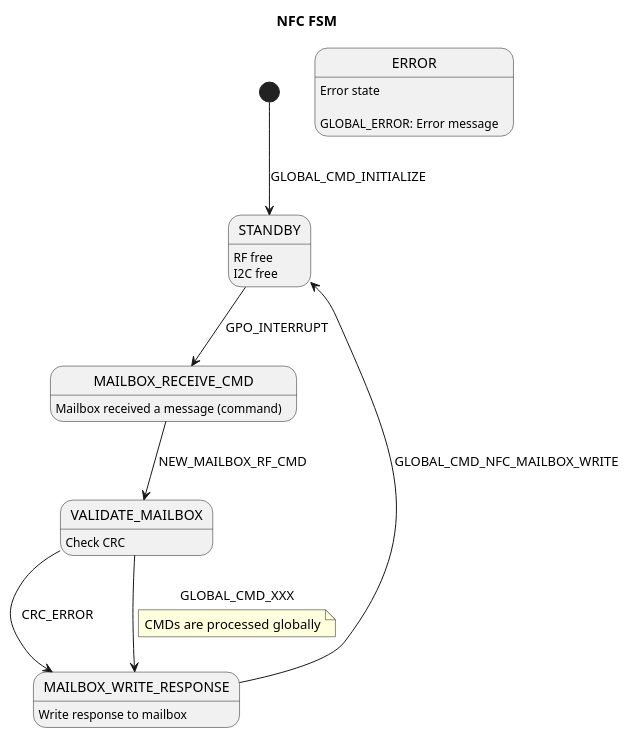
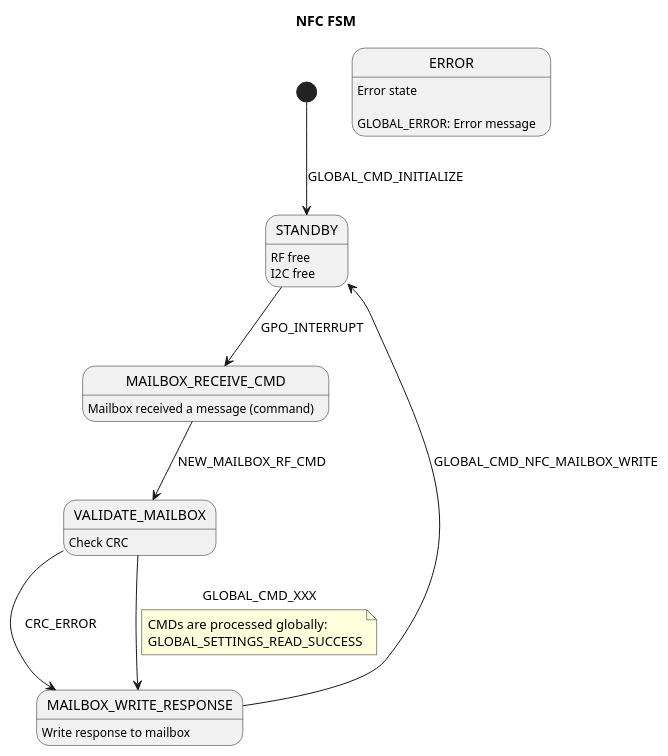
The diagram in firmware/iot-risk-logger-stm32l4/app/tasks/nfc/README.md (polesskiy-dev/iot-risk-logger-stm32l4), drawn with PlantUML before and after one commit. The commit also changed other lines of this file and 4 other files, not shown here.

Commit message:
:construction: feat(NFC) pass CMDs to event manager. :boom: hard faults on NFC settings read flow, for now

````diff
--- a/firmware/iot-risk-logger-stm32l4/app/tasks/nfc/README.md
+++ b/firmware/iot-risk-logger-stm32l4/app/tasks/nfc/README.md
@@ -45,26 +45,27 @@
 ```plantuml
 @startuml
 title NFC FSM
 hide empty description
 
 STANDBY: RF free\nI2C free
 MAILBOX_RECEIVE_CMD: Mailbox received a message (command)
 VALIDATE_MAILBOX: Check CRC 
 MAILBOX_WRITE_RESPONSE: Write response to mailbox
 ERROR: Error state\n\nGLOBAL_ERROR: Error message
 
 [*] --> STANDBY : GLOBAL_CMD_INITIALIZE
 STANDBY --> MAILBOX_RECEIVE_CMD : GPO_INTERRUPT
 
 MAILBOX_RECEIVE_CMD --> VALIDATE_MAILBOX : NEW_MAILBOX_RF_CMD
 
 VALIDATE_MAILBOX --> MAILBOX_WRITE_RESPONSE: CRC_ERROR
 VALIDATE_MAILBOX --> MAILBOX_WRITE_RESPONSE: GLOBAL_CMD_XXX
 note on link
-    CMDs are processed globally
+    CMDs are processed globally:
+    GLOBAL_SETTINGS_READ_SUCCESS
 end note
 
 MAILBOX_WRITE_RESPONSE --> STANDBY: GLOBAL_CMD_NFC_MAILBOX_WRITE
 
 @enduml
 ```
````
